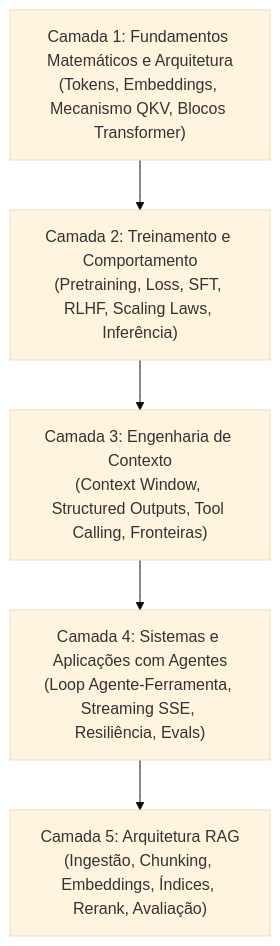
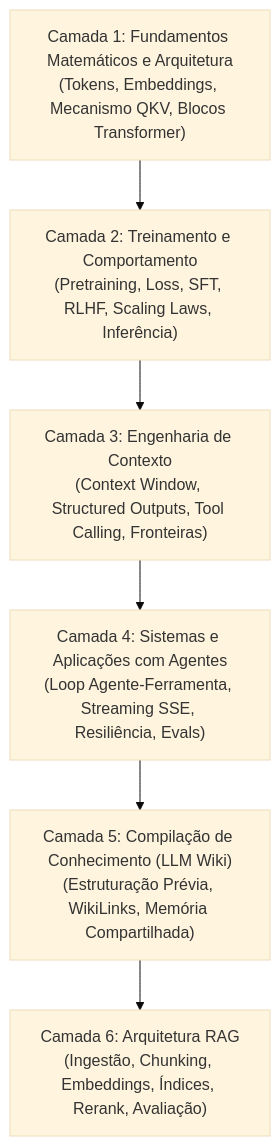
The diagram in llm/00-Guia de estudos.md (leorruas/programacao), drawn with Mermaid (base theme) before and after one commit. The commit also changed other lines of this file and 16 other files, not shown here.

Commit message:
feat(llm): adiciona artigo sobre LLM Wiki (06) e reordena trilha RAG (07 a 17)

````diff
--- a/llm/00-Guia de estudos.md
+++ b/llm/00-Guia de estudos.md
@@ -11,7 +11,8 @@
 ```mermaid
 flowchart TD
     C1["Camada 1: Fundamentos Matemáticos e Arquitetura<br>(Tokens, Embeddings, Mecanismo QKV, Blocos Transformer)"] --> C2["Camada 2: Treinamento e Comportamento<br>(Pretraining, Loss, SFT, RLHF, Scaling Laws, Inferência)"]
     C2 --> C3["Camada 3: Engenharia de Contexto<br>(Context Window, Structured Outputs, Tool Calling, Fronteiras)"]
     C3 --> C4["Camada 4: Sistemas e Aplicações com Agentes<br>(Loop Agente-Ferramenta, Streaming SSE, Resiliência, Evals)"]
-    C4 --> C5["Camada 5: Arquitetura RAG<br>(Ingestão, Chunking, Embeddings, Índices, Rerank, Avaliação)"]
+    C4 --> C5["Camada 5: Compilação de Conhecimento (LLM Wiki)<br>(Estruturação Prévia, WikiLinks, Memória Compartilhada)"]
+    C5 --> C6["Camada 6: Arquitetura RAG<br>(Ingestão, Chunking, Embeddings, Índices, Rerank, Avaliação)"]
 ```
````
